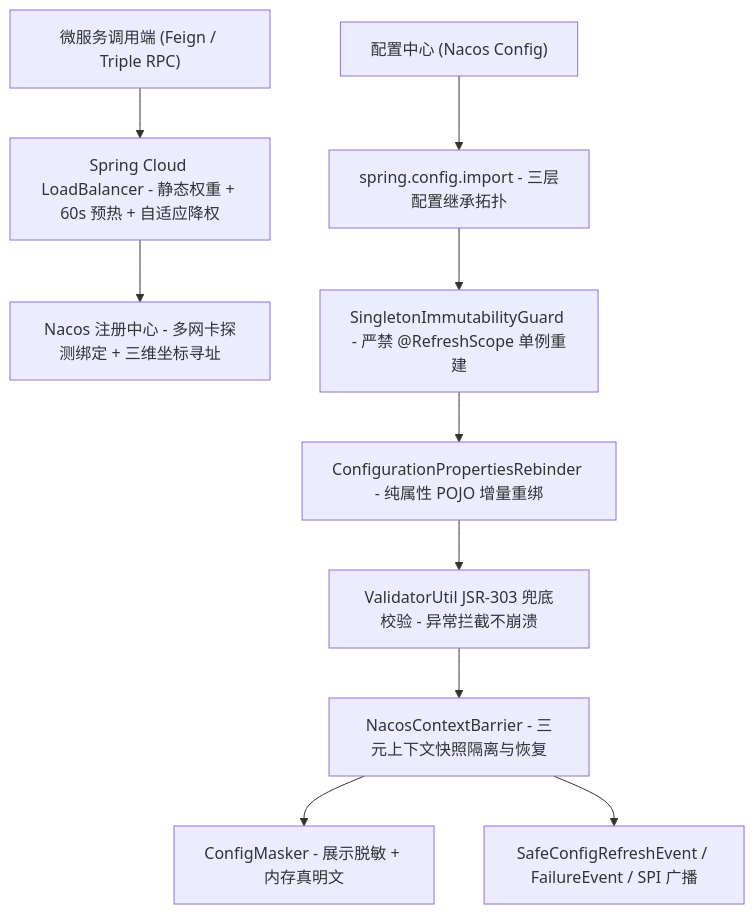
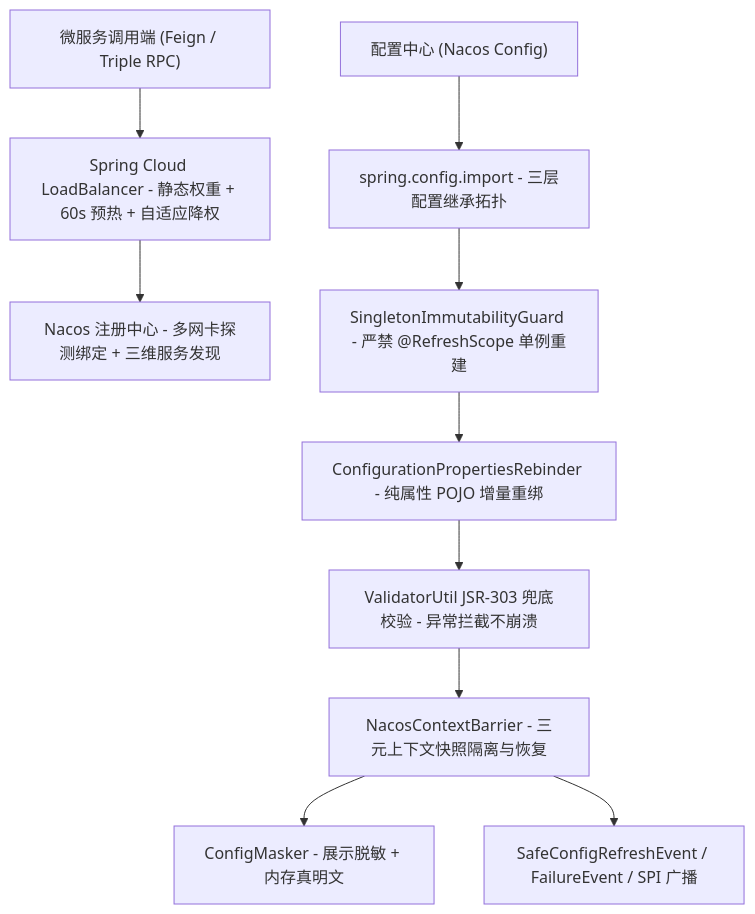
The first of 2 diagrams in ateng-cloud-nacos/README.md (atengk/ateng-cloud), drawn with Mermaid before and after one commit. The commit also changed other lines of this file and 13 other files, not shown here.

````diff
--- a/ateng-cloud-nacos/README.md
+++ b/ateng-cloud-nacos/README.md
@@ -187,13 +188,13 @@
 ```mermaid
 flowchart TD
     Client["微服务调用端 (Feign / Triple RPC)"] --> LB["Spring Cloud LoadBalancer - 静态权重 + 60s 预热 + 自适应降权"]
-    LB --> NacosNaming["Nacos 注册中心 - 多网卡探测绑定 + 三维坐标寻址"]
+    LB --> NacosNaming["Nacos 注册中心 - 多网卡探测绑定 + 三维服务发现"]
 
     Sub["配置中心 (Nacos Config)"] --> Import["spring.config.import - 三层配置继承拓扑"]
     Import --> Guard["SingletonImmutabilityGuard - 严禁 @RefreshScope 单例重建"]
     Guard --> Rebinder["ConfigurationPropertiesRebinder - 纯属性 POJO 增量重绑"]
     Rebinder --> Jsr303["ValidatorUtil JSR-303 兜底校验 - 异常拦截不崩溃"]
     Jsr303 --> Barrier["NacosContextBarrier - 三元上下文快照隔离与恢复"]
     Barrier --> Mask["ConfigMasker - 展示脱敏 + 内存真明文"]
     Barrier --> Events["SafeConfigRefreshEvent / FailureEvent / SPI 广播"]
 ```
````
